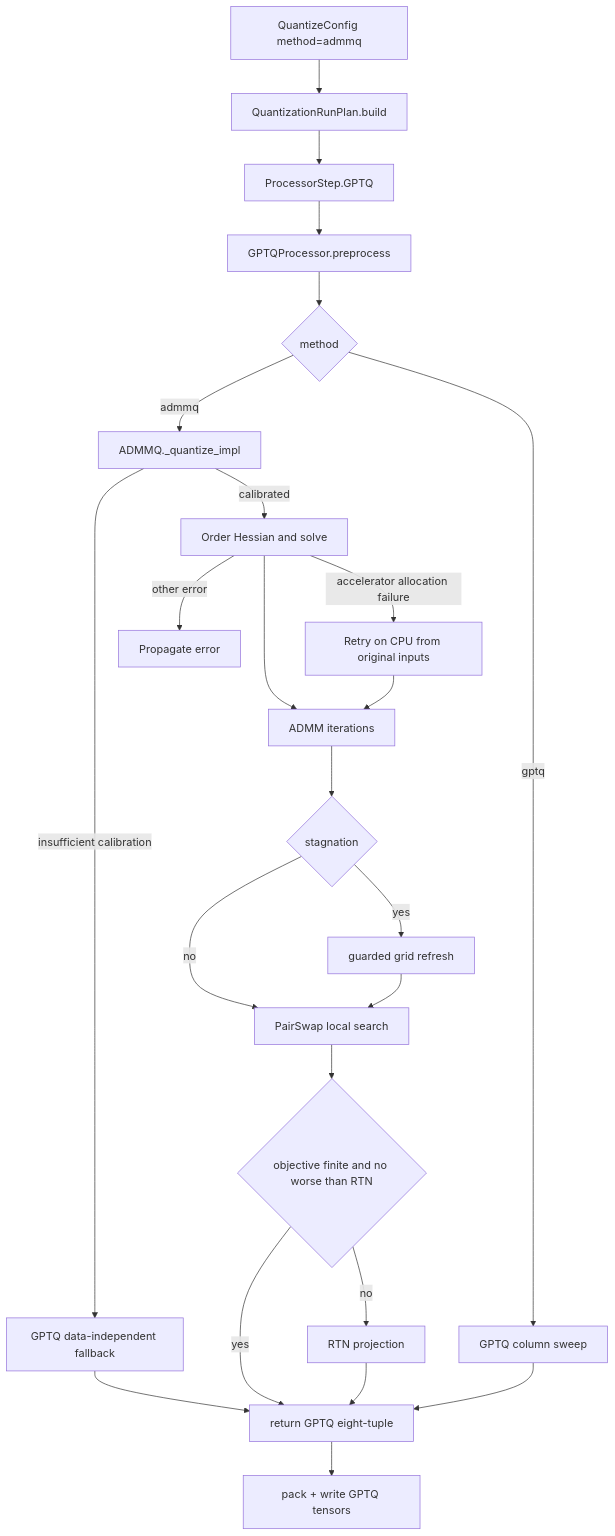
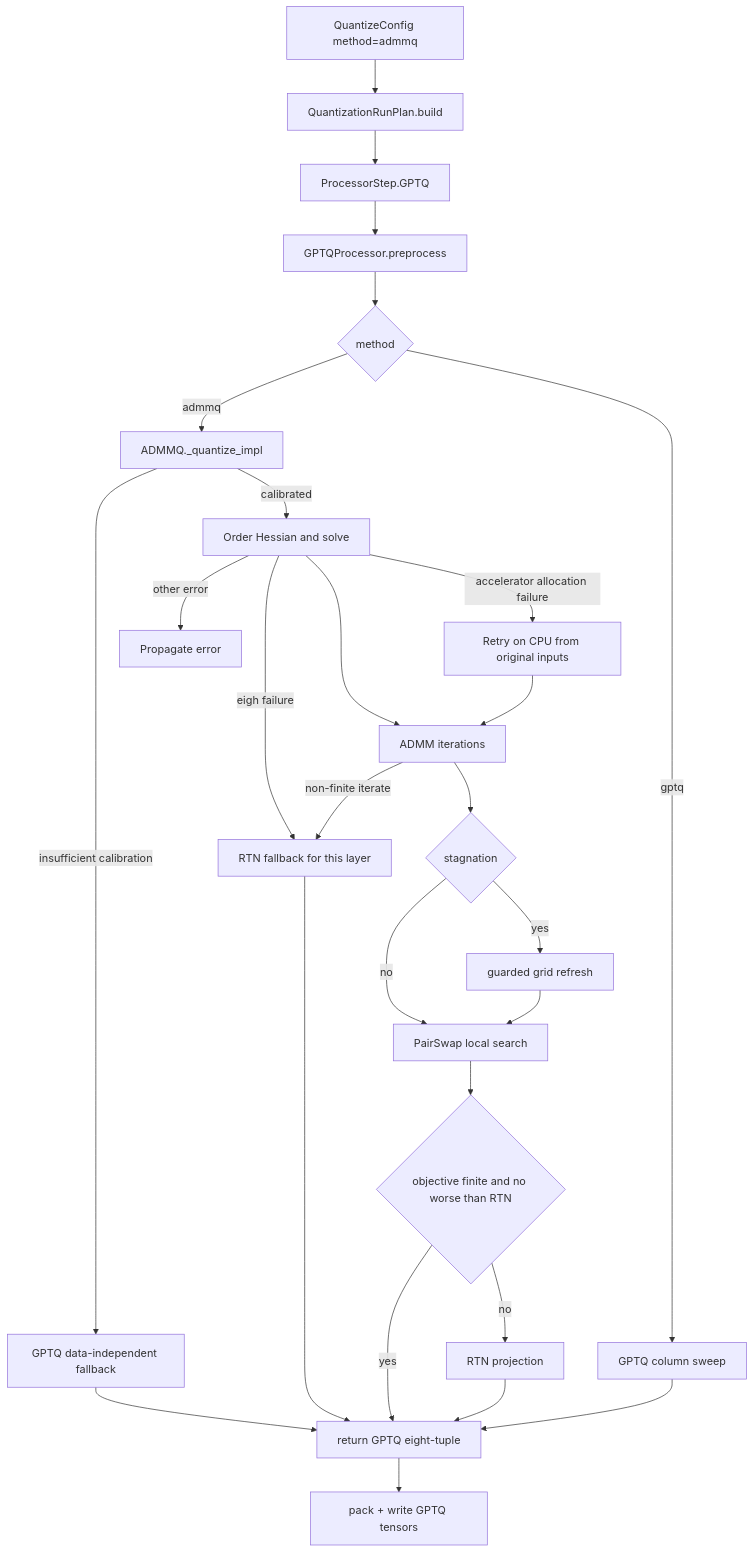
The second of 3 diagrams in docs/admmq.md (ModelCloud/GPTQModel), drawn with Mermaid before and after one commit. The commit also changed other lines of this file and 2 other files, not shown here.

First line of the commit message:
fix(admmq): recover from non-finite eigh and loss (#6098)

````diff
--- a/docs/admmq.md
+++ b/docs/admmq.md
@@ -102,26 +107,29 @@
 ```mermaid
 flowchart TD
     A["QuantizeConfig method=admmq"] --> B["QuantizationRunPlan.build"]
     B --> C["ProcessorStep.GPTQ"]
     C --> D["GPTQProcessor.preprocess"]
     D --> E{"method"}
     E -->|admmq| P["ADMMQ._quantize_impl"]
     E -->|gptq| G["GPTQ column sweep"]
     P -->|calibrated| F["Order Hessian and solve"]
     P -->|insufficient calibration| T["GPTQ data-independent fallback"]
     T --> M
     F -->|accelerator allocation failure| R["Retry on CPU from original inputs"]
+    F -->|eigh failure| Y["RTN fallback for this layer"]
     F -->|other error| X["Propagate error"]
+    Y --> M
     F --> H["ADMM iterations"]
+    H -->|non-finite iterate| Y
     R --> H
     H --> I{"stagnation"}
     I -->|yes| J["guarded grid refresh"]
     I -->|no| K["PairSwap local search"]
     J --> K
     K --> L{"objective finite and no worse than RTN"}
     L -->|yes| M["return GPTQ eight-tuple"]
     L -->|no| N["RTN projection"]
     N --> M
     G --> M
     M --> O["pack + write GPTQ tensors"]
 ```
````
